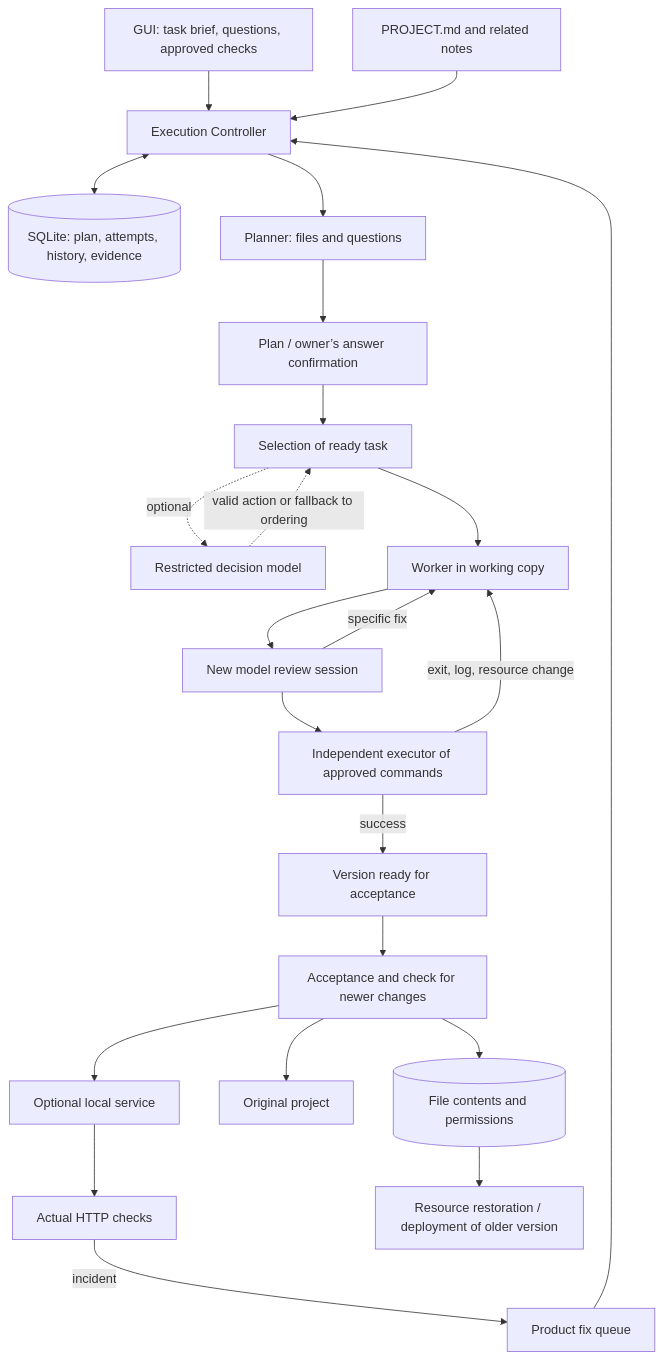
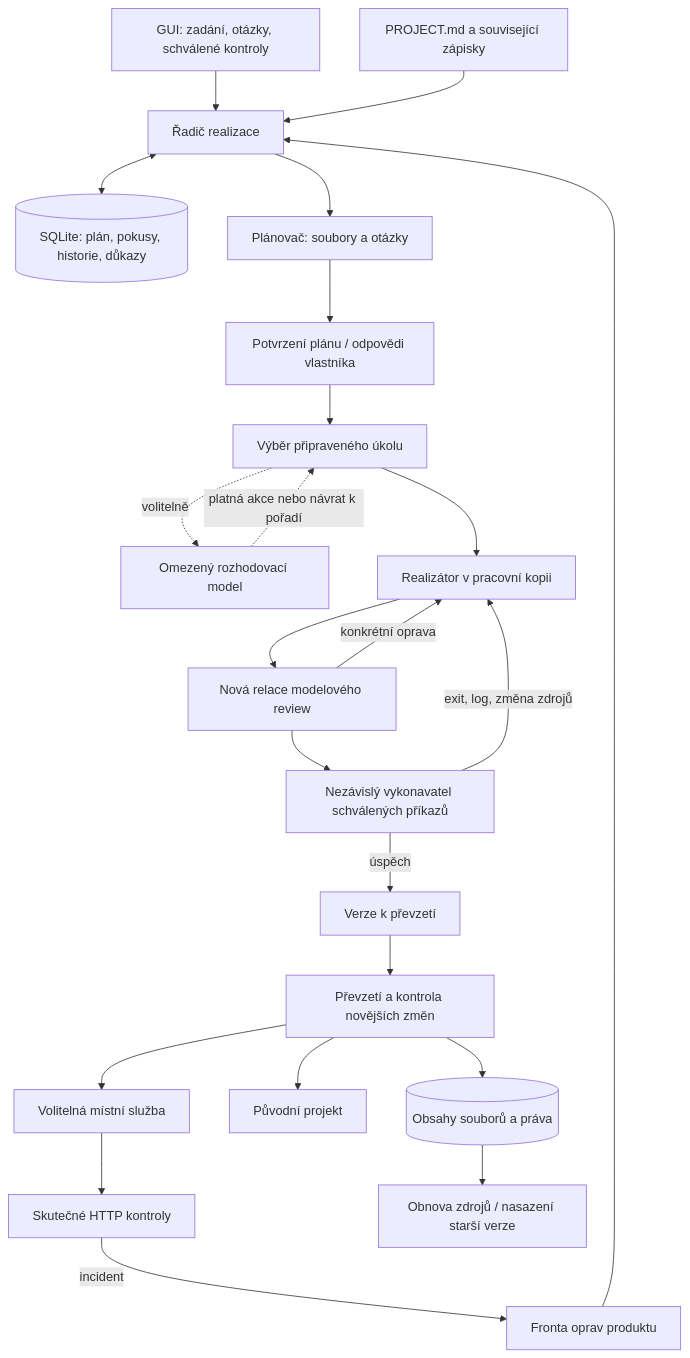
One commit to RulezZzOr/miner changed the diagram in studio/docs/CONTROL_LOOP.md. Above: the diagram before and after it, drawn with Mermaid. The commit also changed other lines of this file and 70 other files, not shown here.

````diff
--- a/studio/docs/CONTROL_LOOP.md
+++ b/studio/docs/CONTROL_LOOP.md
@@ -8,25 +15,25 @@
 ```mermaid
 flowchart TD
-  UI[GUI: task brief, questions, approved checks] --> M[Execution Controller]
-  Notes[PROJECT.md and related notes] --> M
-  M <--> DB[(SQLite: plan, attempts, history, evidence)]
-  M --> Plan[Planner: files and questions]
-  Plan --> Gate[Plan / owner’s answer confirmation]
-  Gate --> Select[Selection of ready task]
-  Select -. optional .-> Decision[Restricted decision model]
-  Decision -. valid action or fallback to ordering .-> Select
-  Select --> Work[Worker in working copy]
-  Work --> Review[New model review session]
-  Review -->|specific fix| Work
-  Review --> Check[Independent executor of approved commands]
-  Check -->|exit, log, resource change| Work
-  Check -->|success| Ready[Version ready for acceptance]
-  Ready --> Accept[Acceptance and check for newer changes]
-  Accept --> Objects[(File contents and permissions)]
-  Accept --> Original[Original project]
-  Accept --> Service[Optional local service]
-  Service --> Health[Actual HTTP checks]
-  Health -->|incident| Queue[Product fix queue]
+  UI[GUI: zadání, otázky, schválené kontroly] --> M[Řadič realizace]
+  Notes[PROJECT.md a související zápisky] --> M
+  M <--> DB[(SQLite: plán, pokusy, historie, důkazy)]
+  M --> Plan[Plánovač: soubory a otázky]
+  Plan --> Gate[Potvrzení plánu / odpovědi vlastníka]
+  Gate --> Select[Výběr připraveného úkolu]
+  Select -. volitelně .-> Decision[Omezený rozhodovací model]
+  Decision -. platná akce nebo návrat k pořadí .-> Select
+  Select --> Work[Realizátor v pracovní kopii]
+  Work --> Review[Nová relace modelového review]
+  Review -->|konkrétní oprava| Work
+  Review --> Check[Nezávislý vykonavatel schválených příkazů]
+  Check -->|exit, log, změna zdrojů| Work
+  Check -->|úspěch| Ready[Verze k převzetí]
+  Ready --> Accept[Převzetí a kontrola novějších změn]
+  Accept --> Objects[(Obsahy souborů a práva)]
+  Accept --> Original[Původní projekt]
+  Accept --> Service[Volitelná místní služba]
+  Service --> Health[Skutečné HTTP kontroly]
+  Health -->|incident| Queue[Fronta oprav produktu]
   Queue --> M
-  Objects --> Restore[Resource restoration / deployment of older version]
+  Objects --> Restore[Obnova zdrojů / nasazení starší verze]
 ```
````
